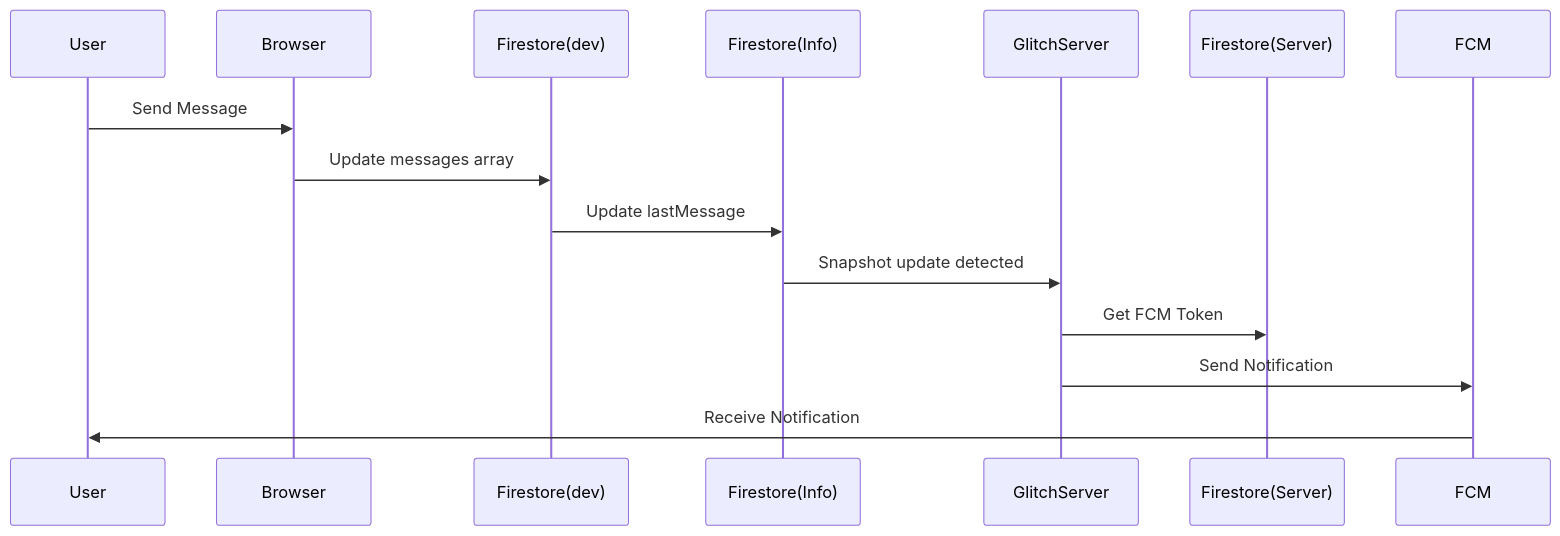
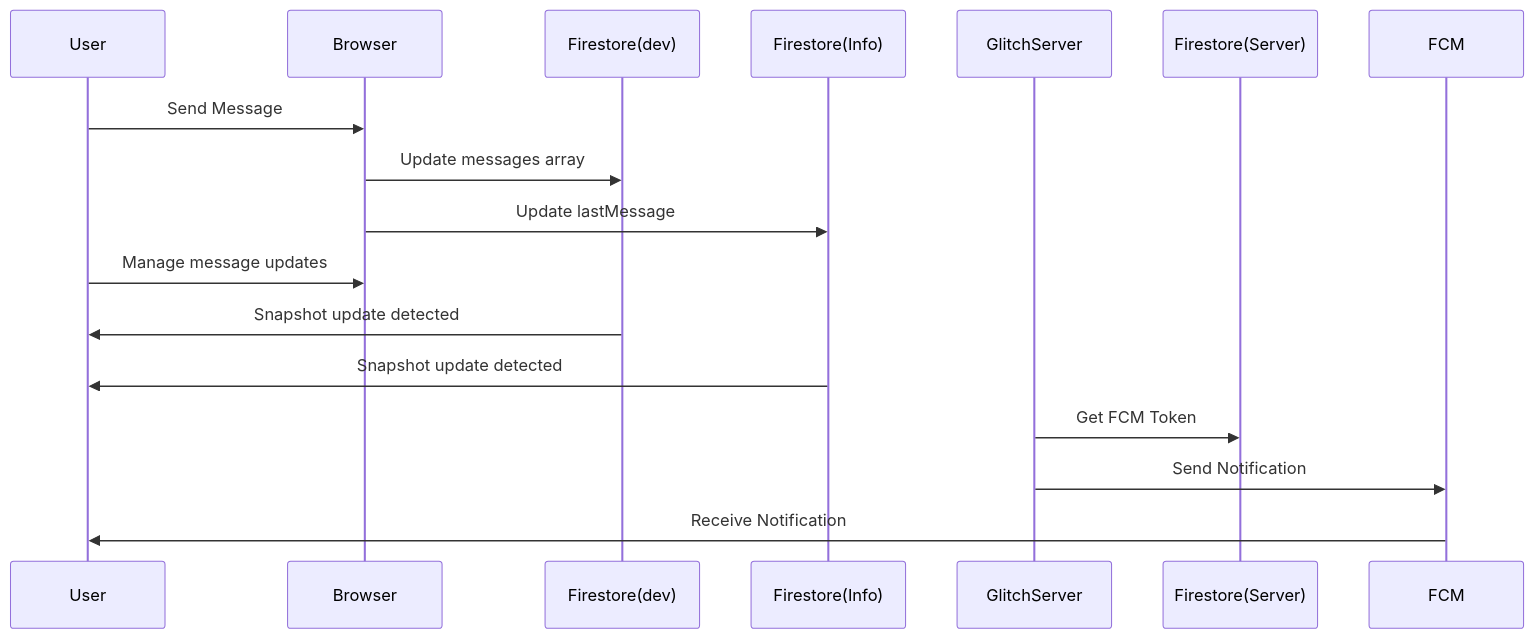
One commit to isd-glitch/Ventus-Talk changed the second of 2 diagrams in README.md. Above: the diagram before and after it, drawn with Mermaid.

````diff
--- a/README.md
+++ b/README.md
@@ -78,19 +78,21 @@
 ```mermaid
 sequenceDiagram
     participant User
     participant Browser
     participant FirestoreDev as Firestore(dev)
     participant FirestoreInfo as Firestore(Info)
     participant GlitchServer
     participant FirestoreServer as Firestore(Server)
     participant FCM
 
     User->>Browser: Send Message
     Browser->>FirestoreDev: Update messages array
-    FirestoreDev->>FirestoreInfo: Update lastMessage
-    FirestoreInfo->>GlitchServer: Snapshot update detected
+    Browser->>FirestoreInfo: Update lastMessage
+    User->>Browser: Manage message updates
+    FirestoreDev->>User: Snapshot update detected
+    FirestoreInfo->>User: Snapshot update detected
     GlitchServer->>FirestoreServer: Get FCM Token
     GlitchServer->>FCM: Send Notification
     FCM->>User: Receive Notification
 
 ```
````
